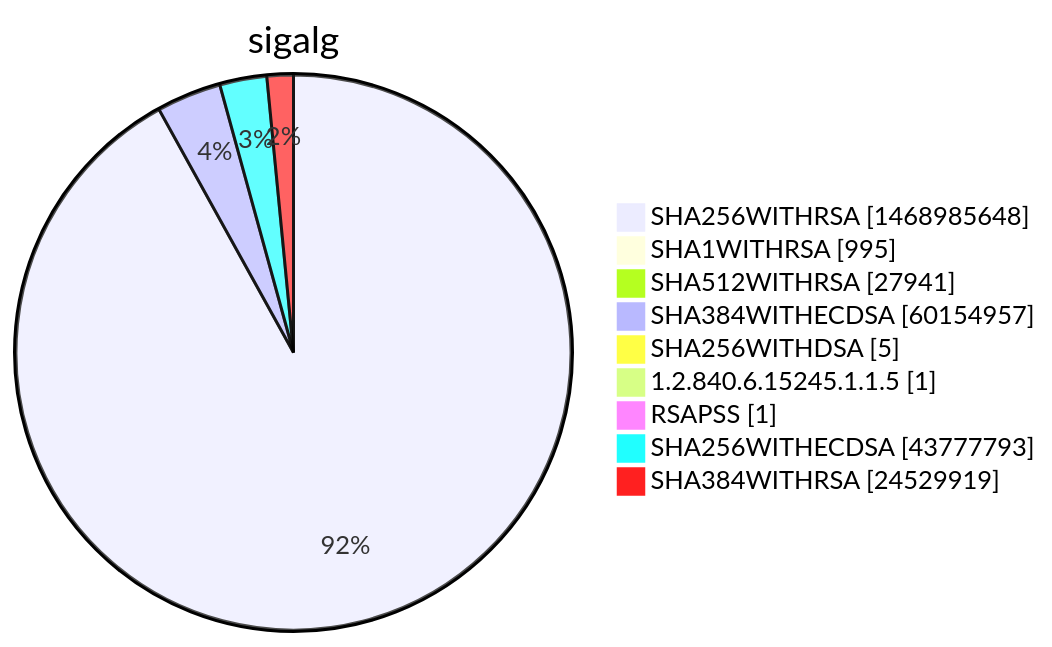
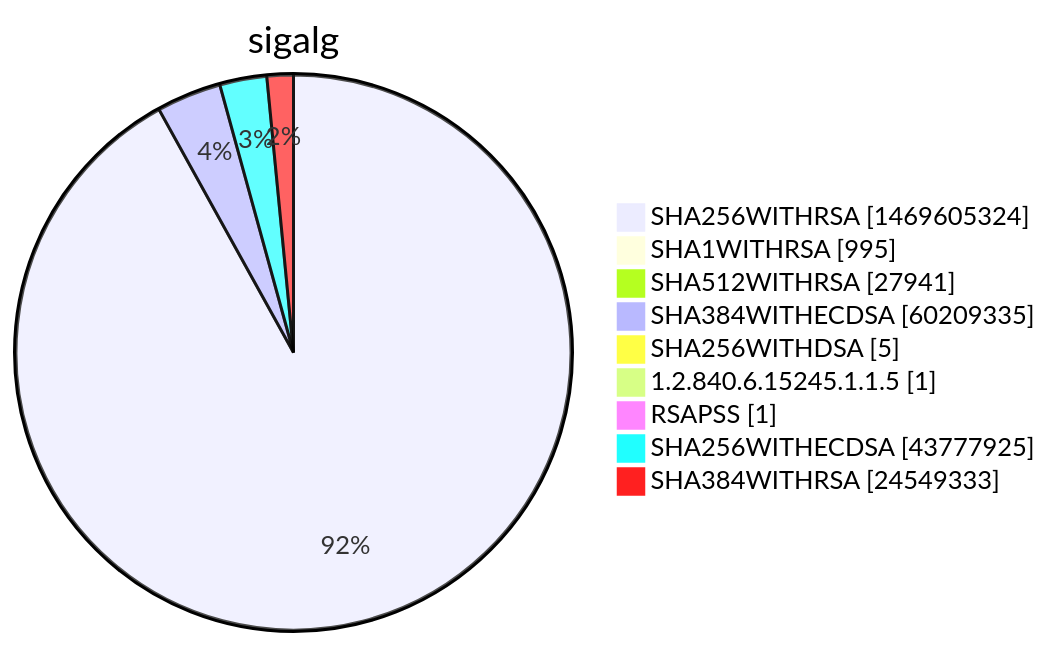
One commit to christiankrug/ctmonitor_visualization changed diagram 15 of 15 in xenon2022/README.md. Above: the diagram before and after it, drawn with Mermaid. The commit also changed other lines of this file, not shown here.

````diff
--- a/xenon2022/README.md
+++ b/xenon2022/README.md
@@ -5863,13 +5863,13 @@
 ```mermaid
 pie showData
 title sigalg
-"SHA256WITHRSA" :1468985648
+"SHA256WITHRSA" :1469605324
 "SHA1WITHRSA" :995
 "SHA512WITHRSA" :27941
-"SHA384WITHECDSA" :60154957
+"SHA384WITHECDSA" :60209335
 "SHA256WITHDSA" :5
 "1.2.840.6.15245.1.1.5" :1
 "RSAPSS" :1
-"SHA256WITHECDSA" :43777793
-"SHA384WITHRSA" :24529919
+"SHA256WITHECDSA" :43777925
+"SHA384WITHRSA" :24549333
 ```
````
